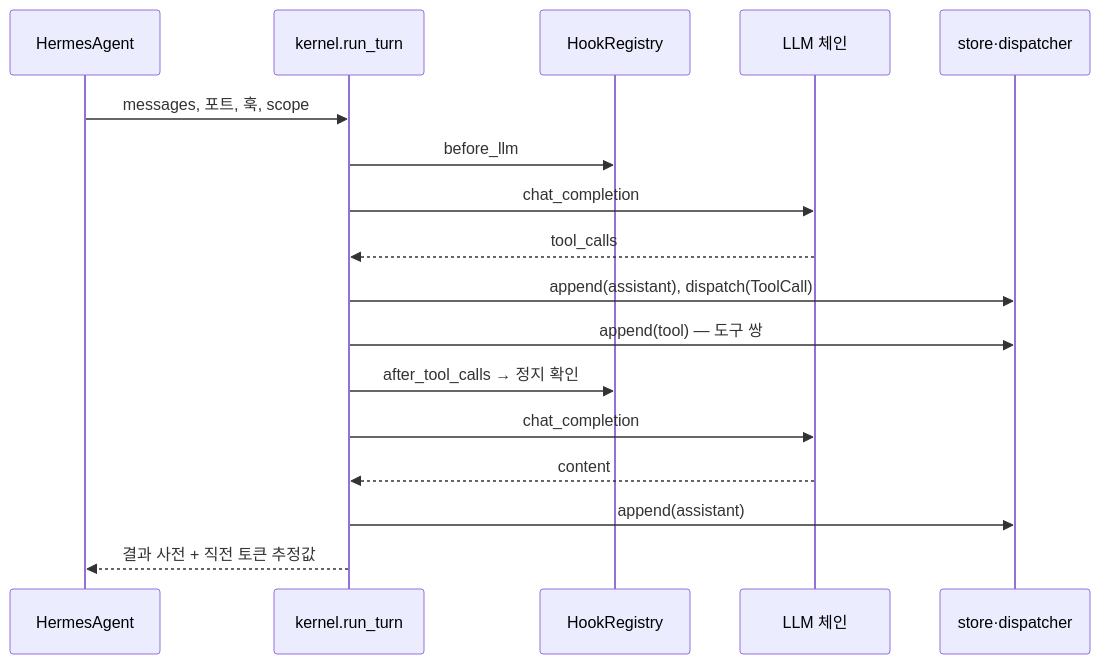
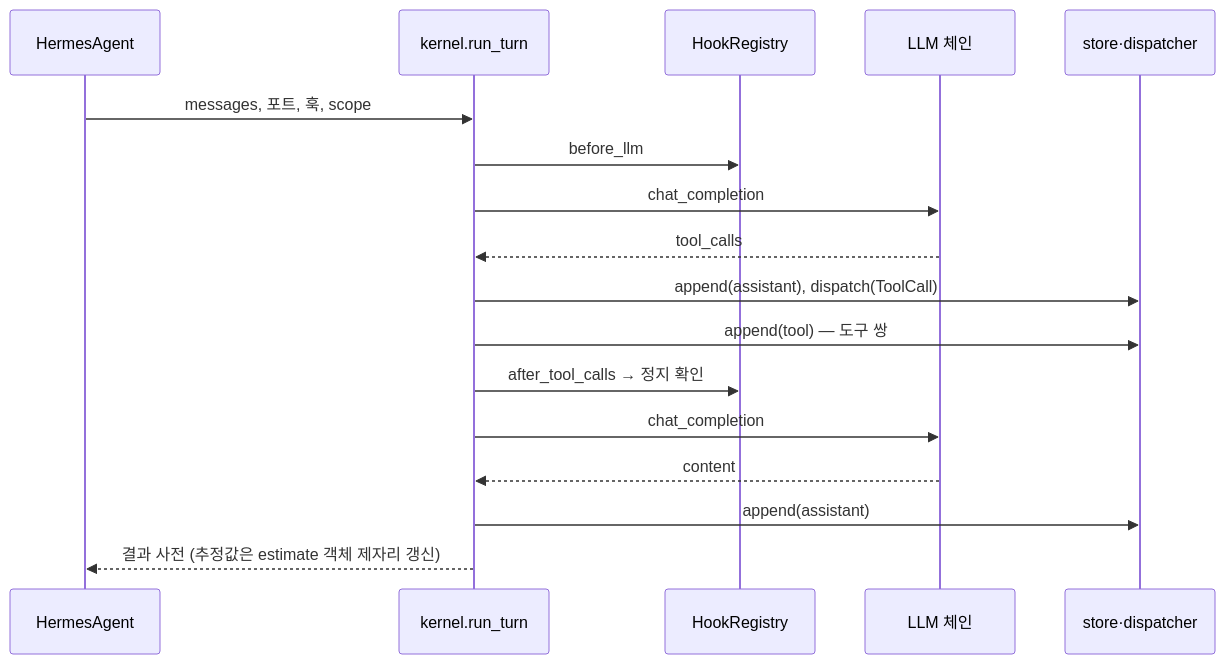
The fourth of 4 diagrams in docs/로드맵/18-코어-커널-경계-정비-MVP/ROADMAP.md (RadiantCitron/hermes-agent-study), drawn with Mermaid before and after one commit. The commit also changed other lines of this file and 16 other files, not shown here.

````diff
--- a/docs/로드맵/18-코어-커널-경계-정비-MVP/ROADMAP.md
+++ b/docs/로드맵/18-코어-커널-경계-정비-MVP/ROADMAP.md
@@ -137,20 +140,20 @@
 ```mermaid
 %%{init: {"themeVariables": {"fontSize": "11px"}}}%%
 sequenceDiagram
   participant AG as HermesAgent
   participant RT as kernel.run_turn
   participant HK as HookRegistry
   participant LP as LLM 체인
   participant PT as store·dispatcher
   AG->>RT: messages, 포트, 훅, scope
   RT->>HK: before_llm
   RT->>LP: chat_completion
   LP-->>RT: tool_calls
   RT->>PT: append(assistant), dispatch(ToolCall)
   RT->>PT: append(tool) — 도구 쌍
   RT->>HK: after_tool_calls → 정지 확인
   RT->>LP: chat_completion
   LP-->>RT: content
   RT->>PT: append(assistant)
-  RT-->>AG: 결과 사전 + 직전 토큰 추정값
+  RT-->>AG: 결과 사전 (추정값은 estimate 객체 제자리 갱신)
 ```
````
